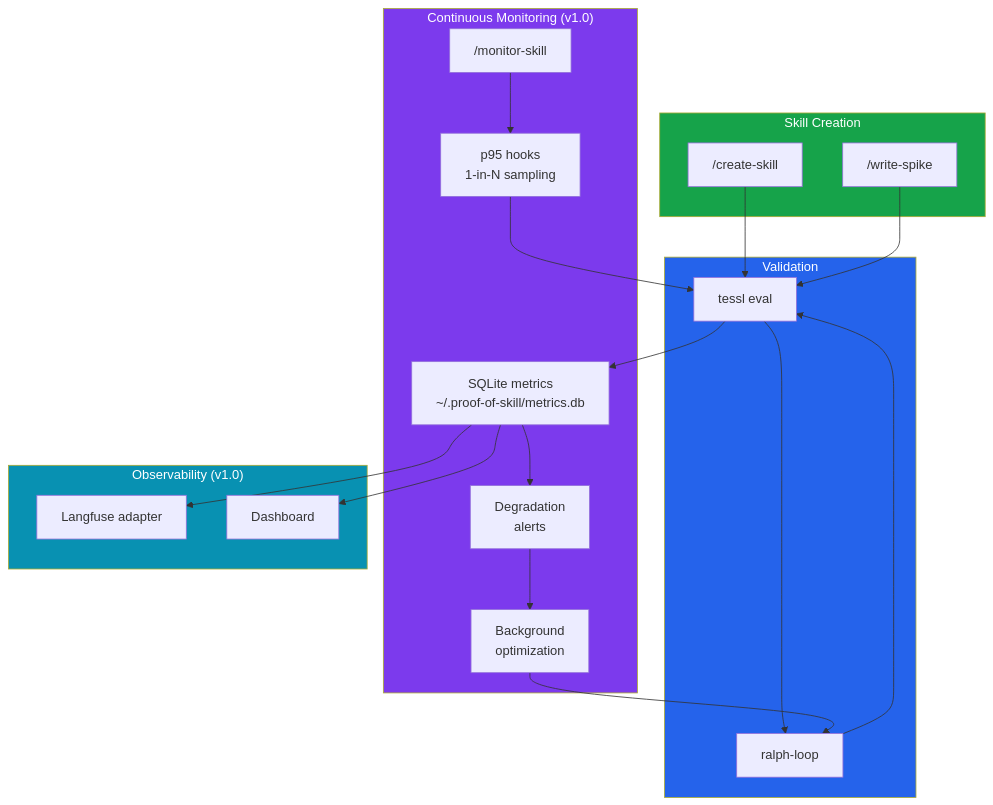
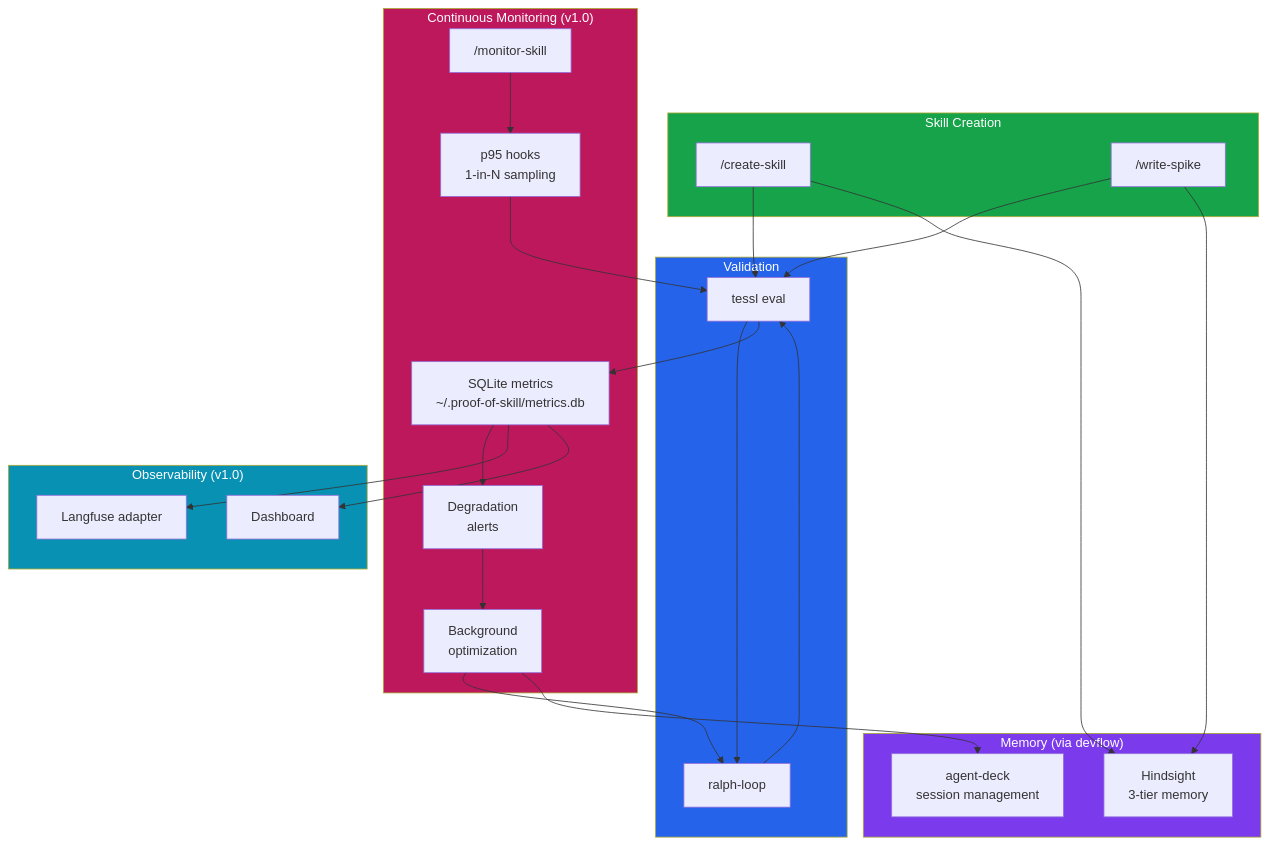
The fifth of 5 diagrams in README.md (AndreJorgeLopes/proof-of-skill), drawn with Mermaid before and after one commit. The commit also changed other lines of this file and 1 other file, not shown here.

````diff
--- a/README.md
+++ b/README.md
@@ -372,44 +374,53 @@
 ```mermaid
 graph TD
     subgraph CREATE ["Skill Creation"]
         CS["/create-skill"]
         WS["/write-spike"]
     end
 
     subgraph VALIDATE ["Validation"]
         TE["tessl eval"]
         RL["ralph-loop"]
+    end
+
+    subgraph MEMORY ["Memory (via devflow)"]
+        HS["Hindsight\n3-tier memory"]
+        AD["agent-deck\nsession management"]
     end
 
     subgraph MONITOR ["Continuous Monitoring (v1.0)"]
         MS["/monitor-skill"]
         P95["p95 hooks\n1-in-N sampling"]
         DB["SQLite metrics\n~/.proof-of-skill/metrics.db"]
         ALERT["Degradation\nalerts"]
         OPT["Background\noptimization"]
     end
 
     subgraph OBSERVE ["Observability (v1.0)"]
         LF["Langfuse adapter"]
         DASH["Dashboard"]
     end
 
     CS --> TE
     WS --> TE
+    CS --> HS
+    WS --> HS
     TE --> RL
     RL --> TE
 
     MS --> P95
     P95 --> TE
     TE --> DB
     DB --> ALERT
     ALERT --> OPT
     OPT --> RL
+    OPT --> AD
     DB --> LF
     DB --> DASH
 
     style CREATE fill:#16a34a,color:#fff
     style VALIDATE fill:#2563eb,color:#fff
-    style MONITOR fill:#7c3aed,color:#fff
+    style MEMORY fill:#7c3aed,color:#fff
+    style MONITOR fill:#be185d,color:#fff
     style OBSERVE fill:#0891b2,color:#fff
 ```
````
